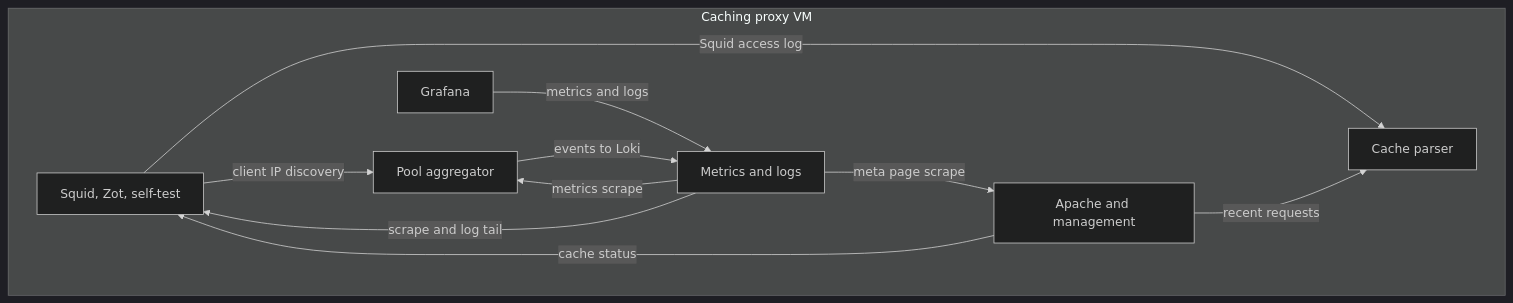
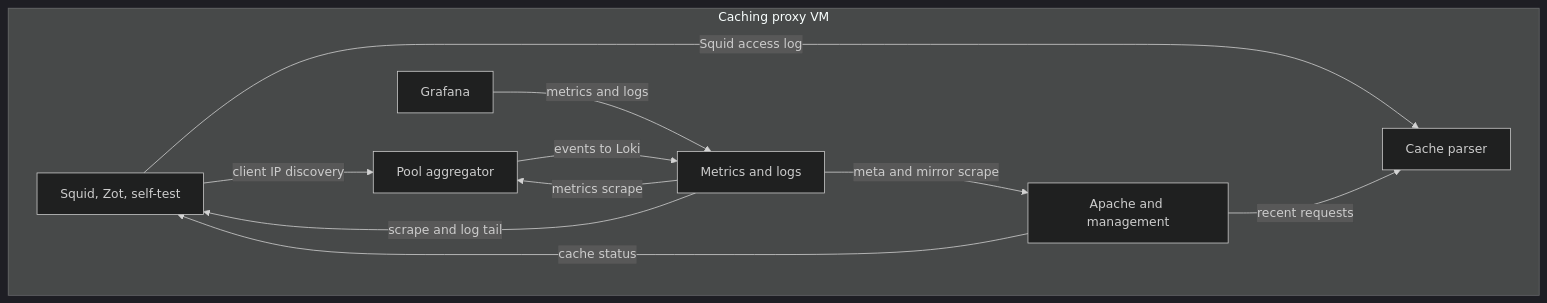
The sixth of 10 diagrams in docs/design/06-deployment.md (alissonsol/yuruna), drawn with Mermaid (dark theme) before and after one commit. The commit also changed other lines of this file and 1396 other files, not shown here.

````diff
--- a/docs/design/06-deployment.md
+++ b/docs/design/06-deployment.md
@@ -256,20 +334,20 @@
 ```mermaid
 flowchart TB
     subgraph caching-proxy-service["Caching proxy VM"]
         squid-zot["Squid, Zot, self-test"]
         caching-proxy-parser-service["Cache parser"]
         pool-aggregator-service["Pool aggregator"]
         prometheus-loki["Metrics and logs"]
         grafana["Grafana"]
         apache2["Apache and management"]
     end
     squid-zot -->|Squid access log| caching-proxy-parser-service
     squid-zot -->|client IP discovery| pool-aggregator-service
     prometheus-loki -->|scrape and log tail| squid-zot
     prometheus-loki -->|metrics scrape| pool-aggregator-service
-    prometheus-loki -->|meta page scrape| apache2
+    prometheus-loki -->|meta and mirror scrape| apache2
     pool-aggregator-service -->|events to Loki| prometheus-loki
     grafana -->|metrics and logs| prometheus-loki
     apache2 -->|cache status| squid-zot
     apache2 -->|recent requests| caching-proxy-parser-service
 ```
````
